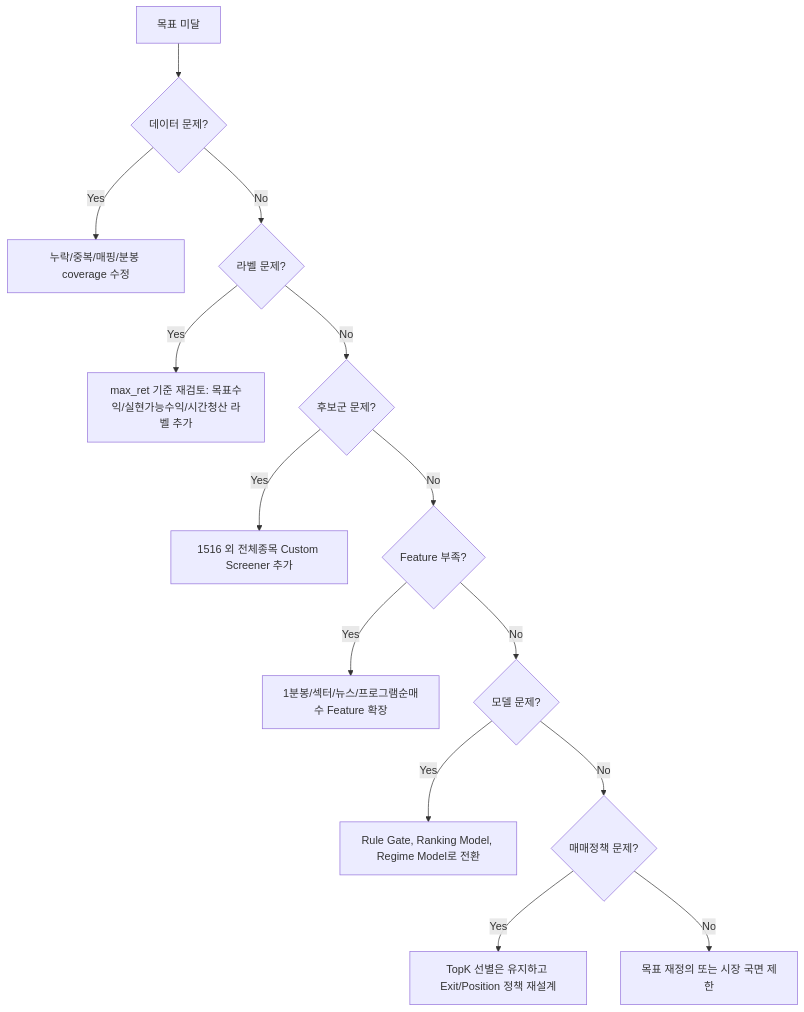
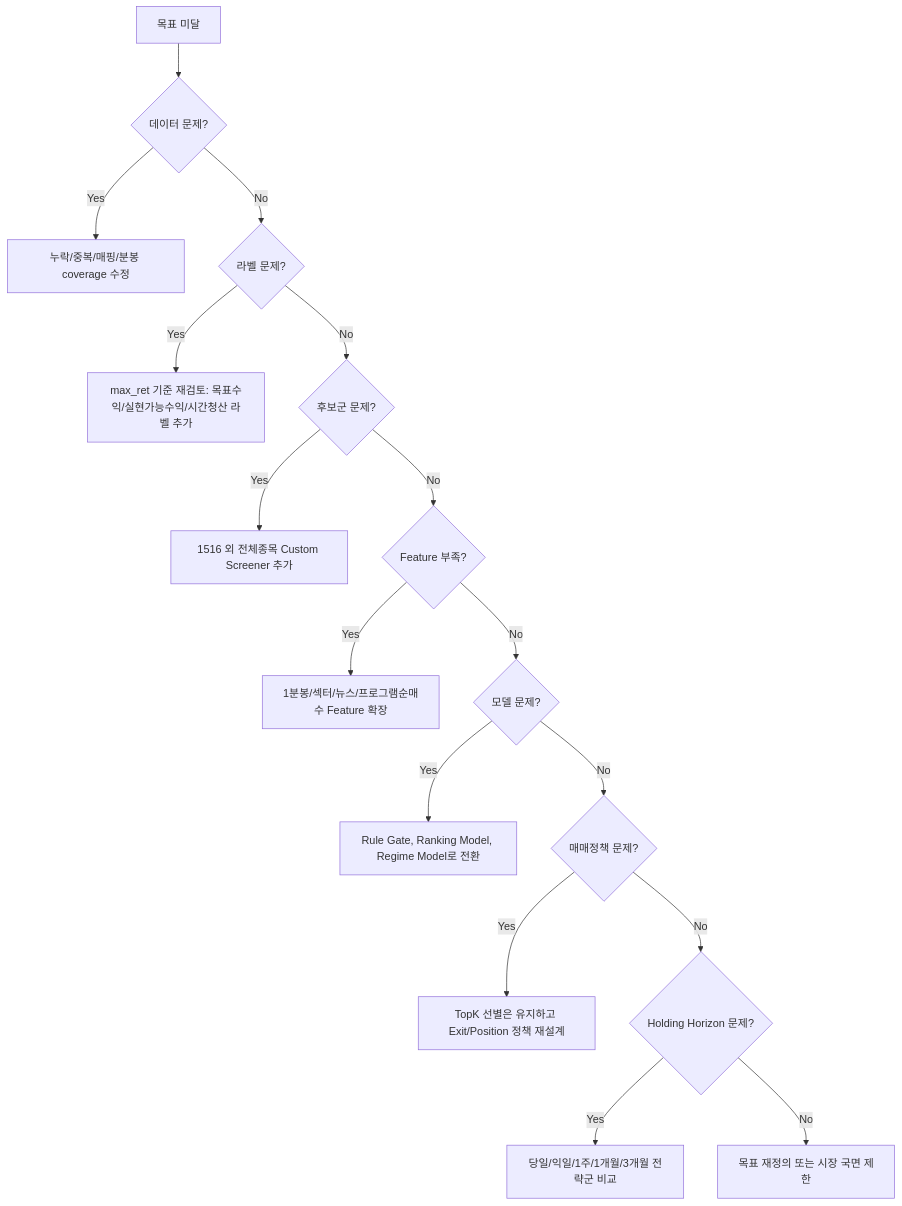
Before and after one commit to hoonoh57/Leader_Lab: the second of 2 diagrams in docs/contingency_flow_if_target_not_met.md, drawn with Mermaid. The commit also changed other lines of this file, not shown here.

````diff
--- a/docs/contingency_flow_if_target_not_met.md
+++ b/docs/contingency_flow_if_target_not_met.md
@@ -196,21 +221,24 @@
 ```mermaid
 flowchart TD
     A[목표 미달] --> B{데이터 문제?}
     B -- Yes --> B1[누락/중복/매핑/분봉 coverage 수정]
     B -- No --> C{라벨 문제?}
 
     C -- Yes --> C1[max_ret 기준 재검토: 목표수익/실현가능수익/시간청산 라벨 추가]
     C -- No --> D{후보군 문제?}
 
     D -- Yes --> D1[1516 외 전체종목 Custom Screener 추가]
     D -- No --> E{Feature 부족?}
 
     E -- Yes --> E1[1분봉/섹터/뉴스/프로그램순매수 Feature 확장]
     E -- No --> F{모델 문제?}
 
     F -- Yes --> F1[Rule Gate, Ranking Model, Regime Model로 전환]
     F -- No --> G{매매정책 문제?}
 
     G -- Yes --> G1[TopK 선별은 유지하고 Exit/Position 정책 재설계]
-    G -- No --> H[목표 재정의 또는 시장 국면 제한]
+    G -- No --> H{Holding Horizon 문제?}
+
+    H -- Yes --> H1[당일/익일/1주/1개월/3개월 전략군 비교]
+    H -- No --> I[목표 재정의 또는 시장 국면 제한]
 ```
````
